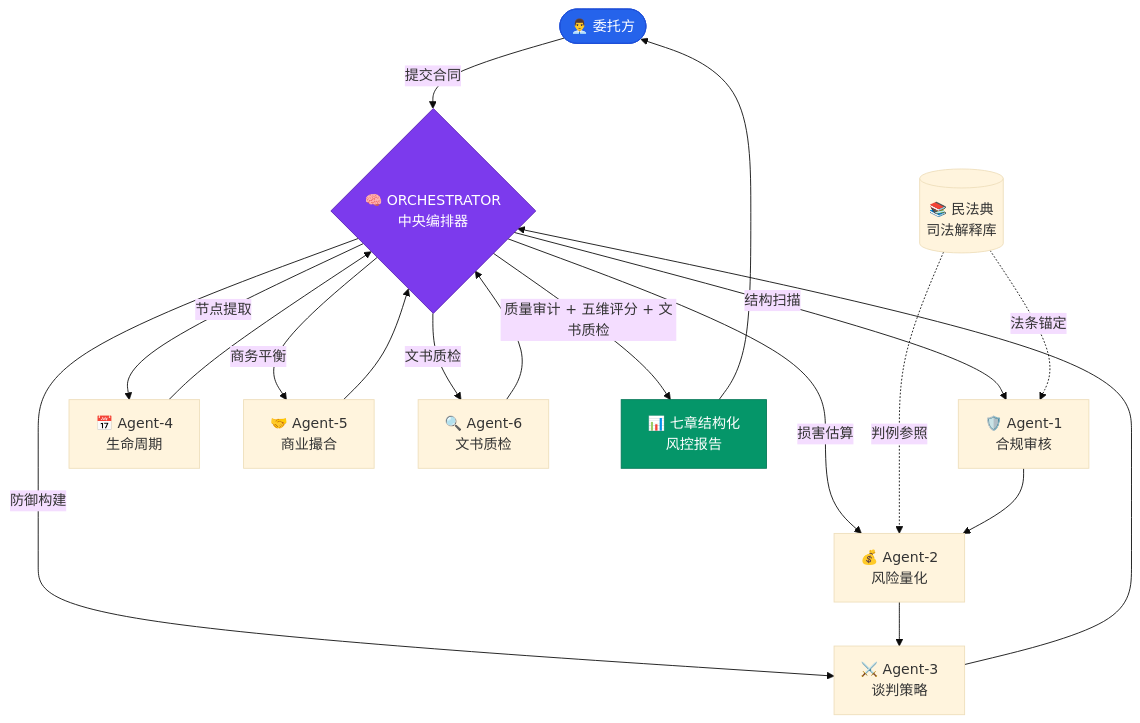
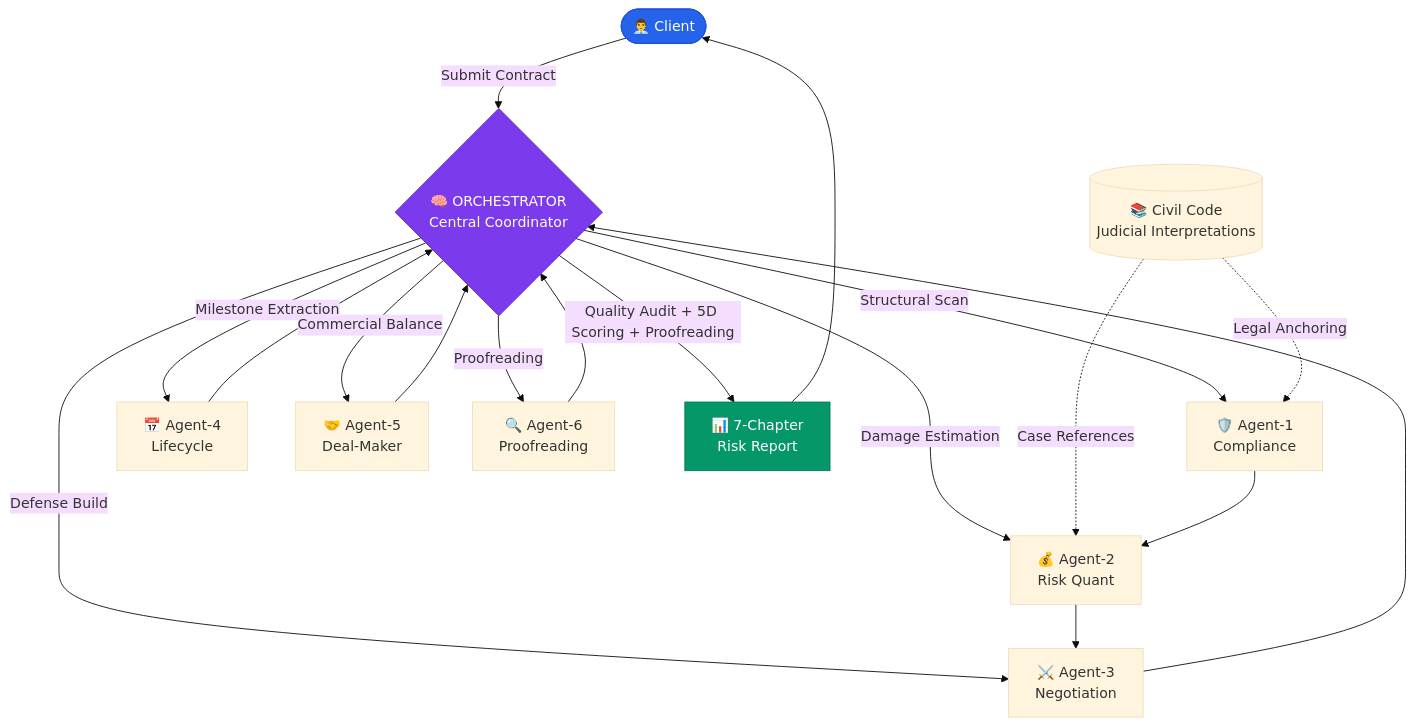
The diagram in README.md (evan66547/Contract-Reviewer-Agent-Eval), drawn with Mermaid (base theme) before and after one commit. The commit also changed other lines of this file and 1 other file, not shown here.

````diff
--- a/README.md
+++ b/README.md
@@ -332,26 +209,26 @@
 ```mermaid
 graph TD
-    User(["👨‍💼 委托方"]) -->|"提交合同"| ORC{"🧠 ORCHESTRATOR<br>中央编排器"}
+    User(["👨‍💼 Client"]) -->|"Submit Contract"| ORC{"🧠 ORCHESTRATOR<br/>Central Coordinator"}
 
-    ORC -->|"结构扫描"| A1["🛡️ Agent-1<br>合规审核"]
-    ORC -->|"损害估算"| A2["💰 Agent-2<br>风险量化"]
-    ORC -->|"防御构建"| A3["⚔️ Agent-3<br>谈判策略"]
-    ORC -->|"节点提取"| A4["📅 Agent-4<br>生命周期"]
-    ORC -->|"商务平衡"| A5["🤝 Agent-5<br>商业撮合"]
-    ORC -->|"文书质检"| A6["🔍 Agent-6<br>文书质检"]
+    ORC -->|"Structural Scan"| A1["🛡️ Agent-1<br/>Compliance"]
+    ORC -->|"Damage Estimation"| A2["💰 Agent-2<br/>Risk Quant"]
+    ORC -->|"Defense Build"| A3["⚔️ Agent-3<br/>Negotiation"]
+    ORC -->|"Milestone Extraction"| A4["📅 Agent-4<br/>Lifecycle"]
+    ORC -->|"Commercial Balance"| A5["🤝 Agent-5<br/>Deal-Maker"]
+    ORC -->|"Proofreading"| A6["🔍 Agent-6<br/>Proofreading"]
 
-    RAG[("📚 民法典<br>司法解释库")] -.->|"法条锚定"| A1
-    RAG -.->|"判例参照"| A2
+    RAG[("📚 Civil Code<br/>Judicial Interpretations")] -.->|"Legal Anchoring"| A1
+    RAG -.->|"Case References"| A2
 
     A1 --> A2 --> A3 --> ORC
     A4 --> ORC
     A5 --> ORC
     A6 --> ORC
 
-    ORC -->|"质量审计 + 五维评分 + 文书质检"| REPORT["📊 七章结构化<br>风控报告"]
+    ORC -->|"Quality Audit + 5D Scoring + Proofreading"| REPORT["📊 7-Chapter<br/>Risk Report"]
     REPORT --> User
 
     style ORC fill:#7c3aed,stroke:#5b21b6,color:#fff
     style REPORT fill:#059669,stroke:#047857,color:#fff
     style User fill:#2563eb,stroke:#1d4ed8,color:#fff
 ```
````
